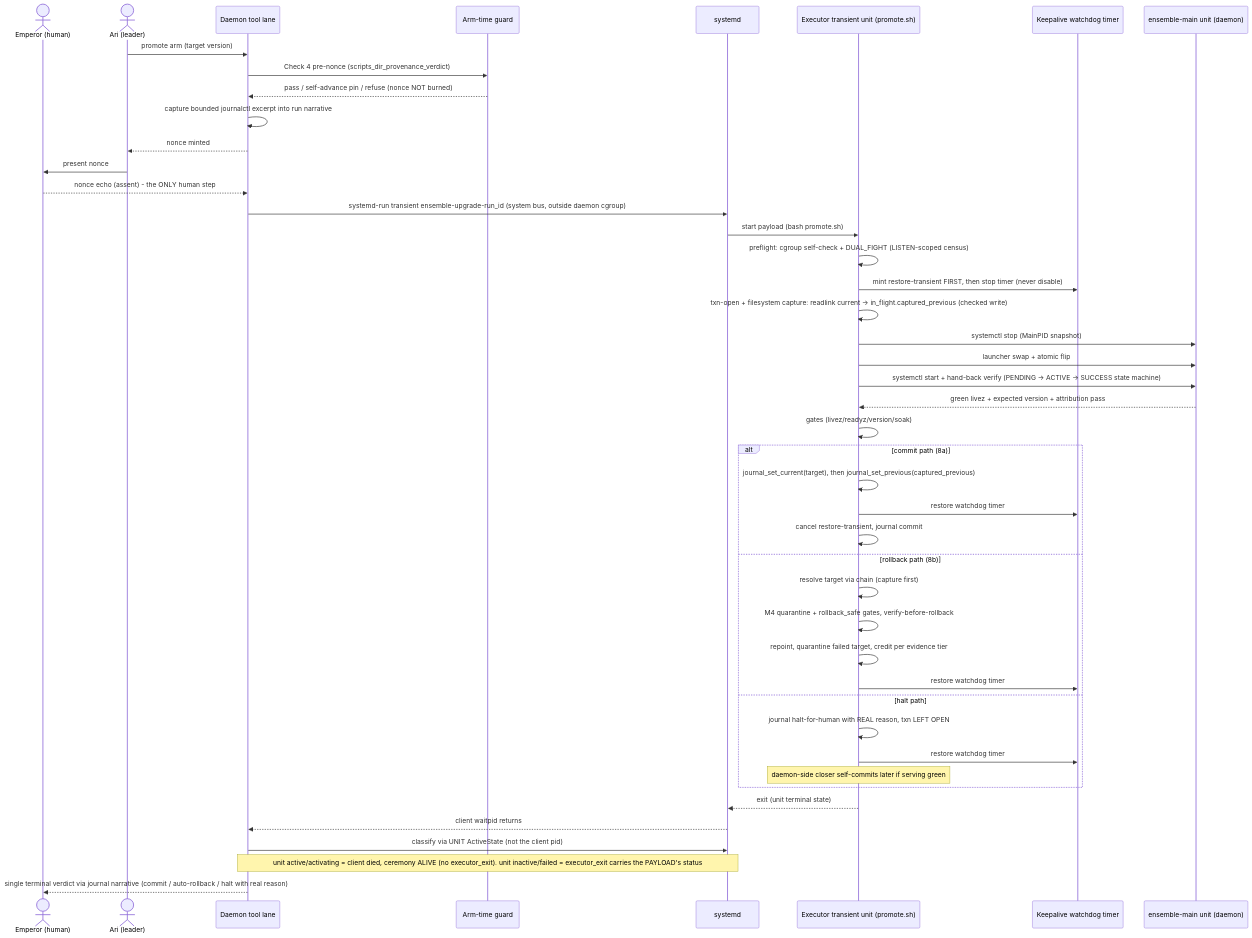
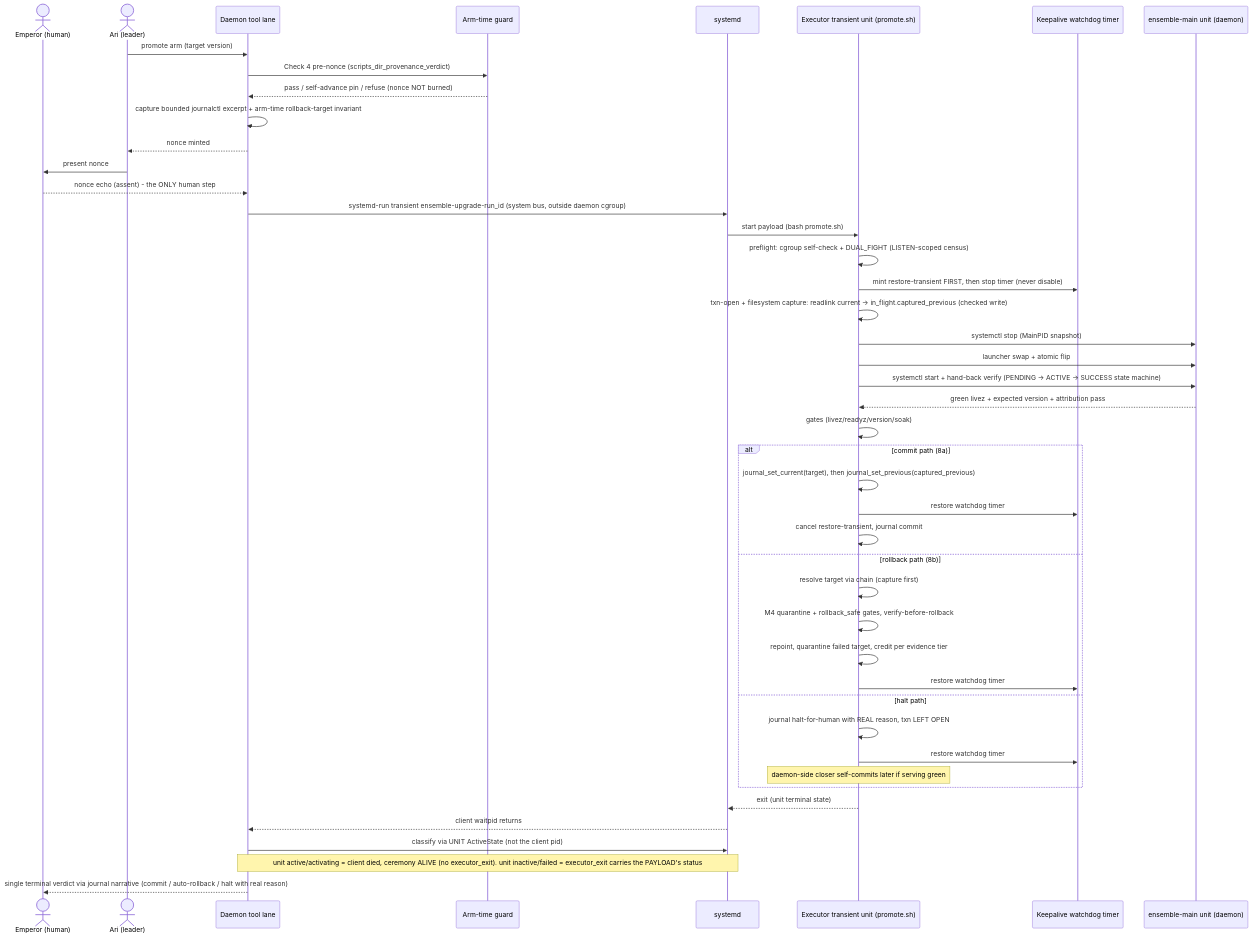
Before and after one commit to disillusioners/ensemble: the diagram in .agents/shared/planning/self-service-promote/architecture-recommendation.md, drawn with Mermaid. The commit also changed other lines of this file, not shown here.

````diff
--- a/.agents/shared/planning/self-service-promote/architecture-recommendation.md
+++ b/.agents/shared/planning/self-service-promote/architecture-recommendation.md
@@ -214,50 +217,50 @@
 ```mermaid
 sequenceDiagram
     actor Emperor as Emperor (human)
     actor Ari as Ari (leader)
     participant Lane as Daemon tool lane
     participant Guard as Arm-time guard
     participant Sysd as systemd
     participant Exec as Executor transient unit (promote.sh)
     participant Watchdog as Keepalive watchdog timer
     participant Main as ensemble-main unit (daemon)
 
     Ari->>Lane: promote arm (target version)
     Lane->>Guard: Check 4 pre-nonce (scripts_dir_provenance_verdict)
     Guard-->>Lane: pass / self-advance pin / refuse (nonce NOT burned)
-    Lane->>Lane: capture bounded journalctl excerpt into run narrative
+    Lane->>Lane: capture bounded journalctl excerpt + arm-time rollback-target invariant
     Lane-->>Ari: nonce minted
     Ari->>Emperor: present nonce
     Emperor-->>Lane: nonce echo (assent) - the ONLY human step
     Lane->>Sysd: systemd-run transient ensemble-upgrade-run_id (system bus, outside daemon cgroup)
     Sysd->>Exec: start payload (bash promote.sh)
     Exec->>Exec: preflight: cgroup self-check + DUAL_FIGHT (LISTEN-scoped census)
     Exec->>Watchdog: mint restore-transient FIRST, then stop timer (never disable)
     Exec->>Exec: txn-open + filesystem capture: readlink current -> in_flight.captured_previous (checked write)
     Exec->>Main: systemctl stop (MainPID snapshot)
     Exec->>Main: launcher swap + atomic flip
     Exec->>Main: systemctl start + hand-back verify (PENDING -> ACTIVE -> SUCCESS state machine)
     Main-->>Exec: green livez + expected version + attribution pass
     Exec->>Exec: gates (livez/readyz/version/soak)
 
     alt commit path (8a)
         Exec->>Exec: journal_set_current(target), then journal_set_previous(captured_previous)
         Exec->>Watchdog: restore watchdog timer
         Exec->>Exec: cancel restore-transient, journal commit
     else rollback path (8b)
         Exec->>Exec: resolve target via chain (capture first)
         Exec->>Exec: M4 quarantine + rollback_safe gates, verify-before-rollback
         Exec->>Exec: repoint, quarantine failed target, credit per evidence tier
         Exec->>Watchdog: restore watchdog timer
     else halt path
         Exec->>Exec: journal halt-for-human with REAL reason, txn LEFT OPEN
         Exec->>Watchdog: restore watchdog timer
         Note over Exec: daemon-side closer self-commits later if serving green
     end
 
     Exec-->>Sysd: exit (unit terminal state)
     Sysd-->>Lane: client waitpid returns
     Lane->>Sysd: classify via UNIT ActiveState (not the client pid)
     Note over Lane,Sysd: unit active/activating = client died, ceremony ALIVE (no executor_exit). unit inactive/failed = executor_exit carries the PAYLOAD's status
     Lane-->>Emperor: single terminal verdict via journal narrative (commit / auto-rollback / halt with real reason)
 ```
````
